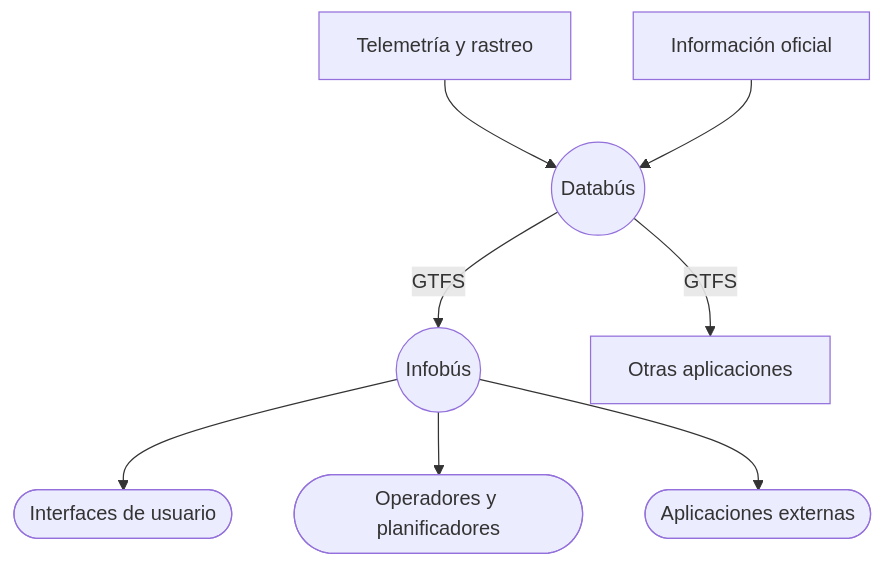
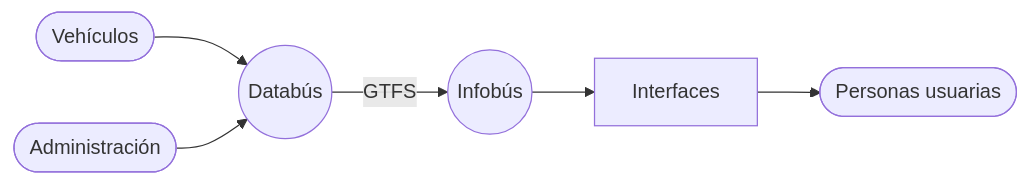
Before and after one commit to simovilab/slides-infotp: the first of 3 diagrams in slides.md, drawn with Mermaid. The commit also changed other lines of this file, not shown here.

````diff
--- a/slides.md
+++ b/slides.md
@@ -236,19 +244,15 @@
 ```mermaid
-flowchart TD
-    TR[Telemetría y rastreo]
-    IO[Información oficial]
-    DB((Databús))
-    IB((Infobús))
-    UI([Interfaces de usuario])
-    OP([Operadores y planificadores])
-    EX([Aplicaciones externas])
-    OA[Otras aplicaciones]
+flowchart LR
+    V([Vehículos])
+    A([Administración])
+    D((Databús))
+    I((Infobús))
+    IU[Interfaces]
+    U([Personas usuarias])
 
-    TR --> DB
-    IO --> DB
-    DB --GTFS--> IB
-    IB --> UI
-    IB --> OP
-    IB --> EX
-    DB --GTFS--> OA
+    V --> D
+    A --> D
+    D --GTFS--> I
+    I --> IU
+    IU --> U
 ```
````
